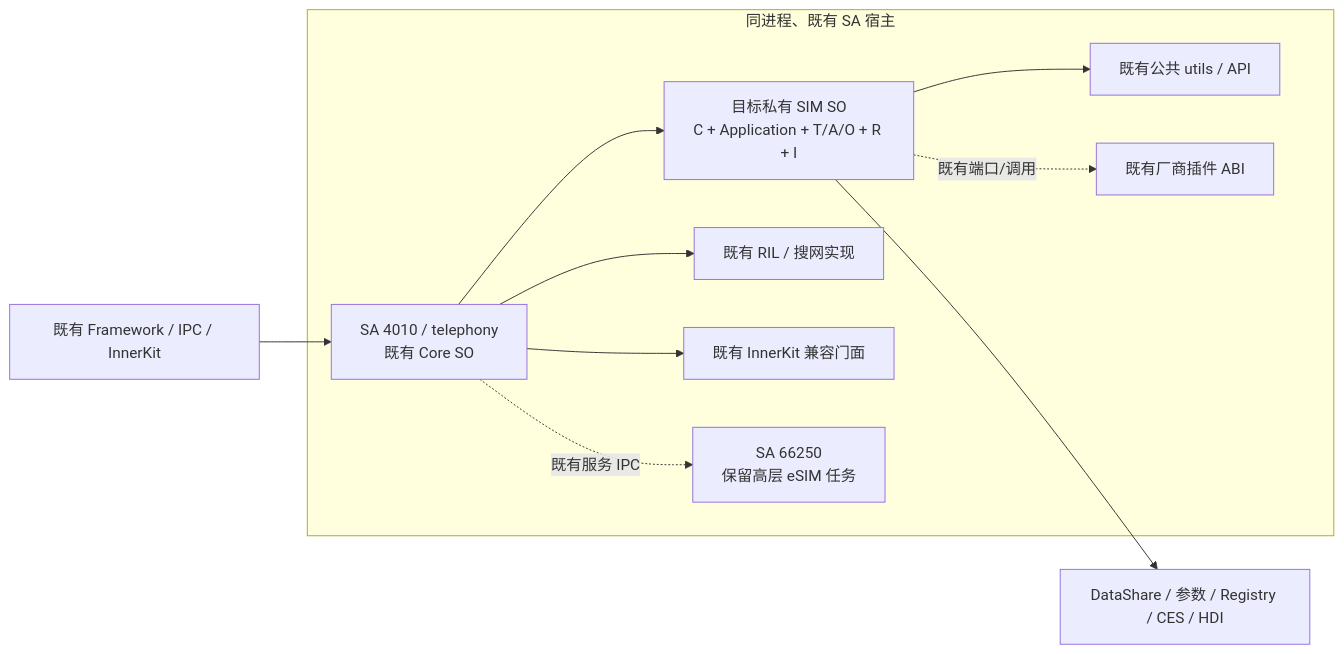
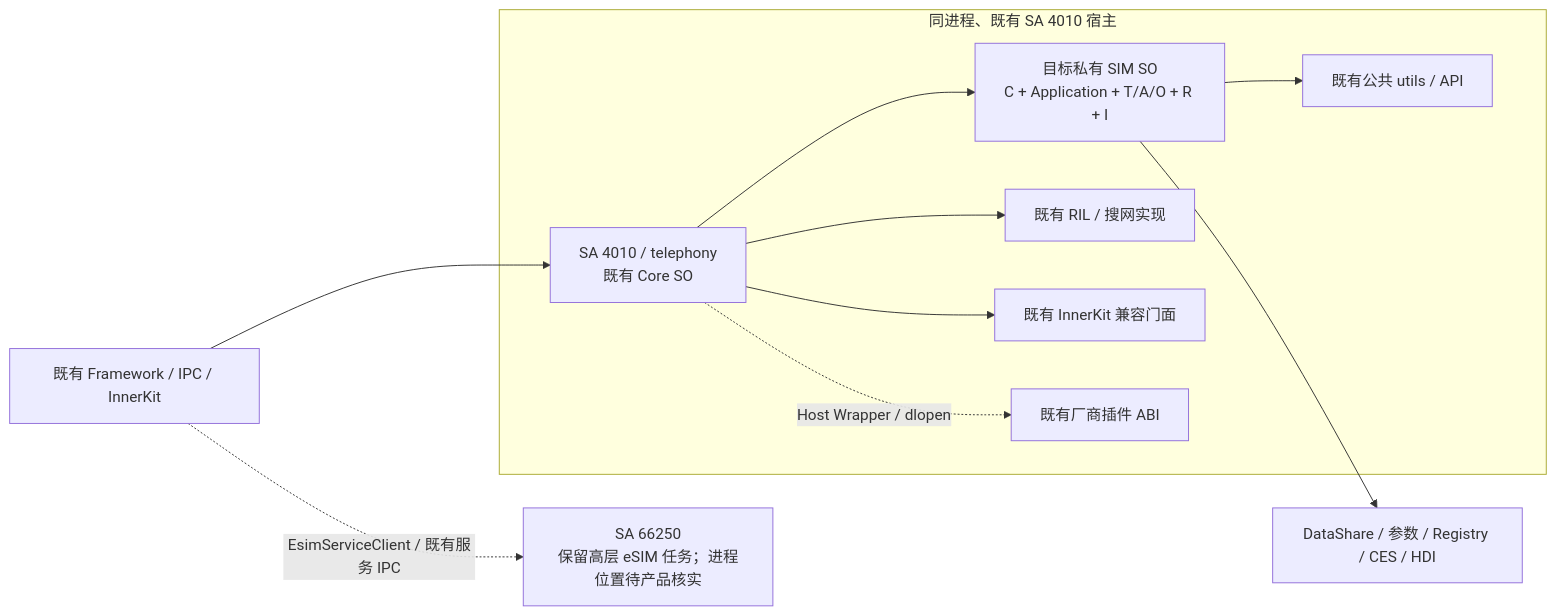
Before and after one commit to zjuluowu/multisim: the fifth of 6 diagrams in telephony_core_service/docs/SIM_Architecture_Layering_and_Migration_Design.md, drawn with Mermaid. The commit also changed other lines of this file, not shown here.

Commit message:
docs: add blueprint-based SIM architecture sections

````diff
--- a/telephony_core_service/docs/SIM_Architecture_Layering_and_Migration_Design.md
+++ b/telephony_core_service/docs/SIM_Architecture_Layering_and_Migration_Design.md
@@ -147,13 +383,13 @@
 ```mermaid
 flowchart LR
     APP["既有 Framework / IPC / InnerKit"] --> CORE["SA 4010 / telephony<br/>既有 Core SO"]
-    subgraph HOST["同进程、既有 SA 宿主"]
+    subgraph HOST["同进程、既有 SA 4010 宿主"]
         CORE --> SIMSO["目标私有 SIM SO<br/>C + Application + T/A/O + R + I"]
         CORE --> RIL["既有 RIL / 搜网实现"]
         CORE --> API["既有 InnerKit 兼容门面"]
         SIMSO --> UTILS["既有公共 utils / API"]
-        CORE -.既有服务 IPC.-> ESIM["SA 66250<br/>保留高层 eSIM 任务"]
-        SIMSO -.既有端口/调用.-> EXT["既有厂商插件 ABI"]
+        CORE -.Host Wrapper / dlopen.-> EXT["既有厂商插件 ABI"]
     end
+    APP -.EsimServiceClient / 既有服务 IPC.-> ESIM["SA 66250<br/>保留高层 eSIM 任务；进程位置待产品核实"]
     SIMSO --> PLATFORM["DataShare / 参数 / Registry / CES / HDI"]
 ```
````
